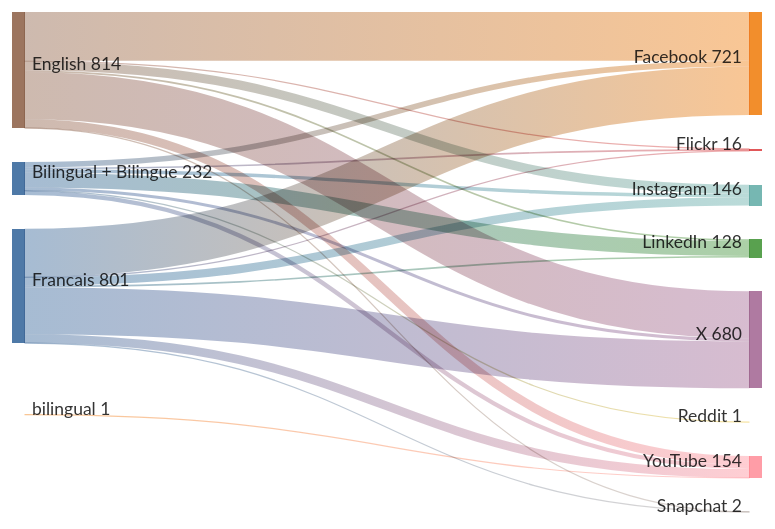
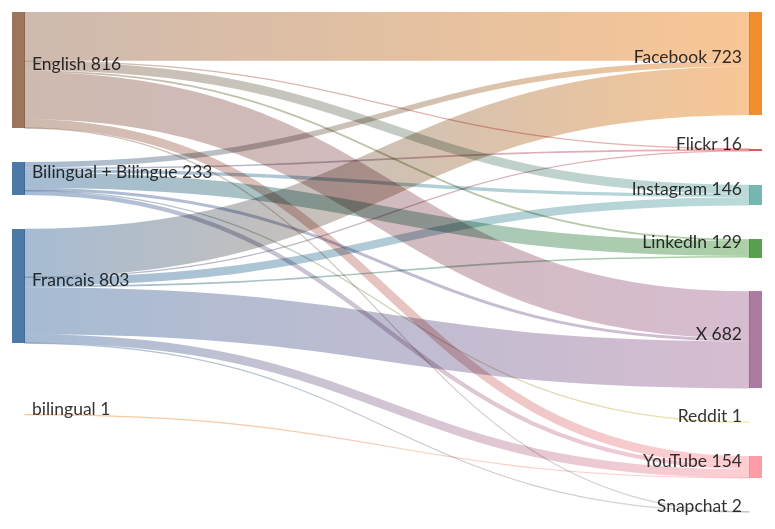
The diagram in sankey_diagram.md (PatLittle/GC-Socials), drawn with Mermaid before and after one commit.

Commit message:
Update Sankey diagram for the most recent day

````diff
--- a/sankey_diagram.md
+++ b/sankey_diagram.md
@@ -1,25 +1,25 @@
 ```mermaid
 sankey-beta
   Bilingual + Bilingue,Facebook,40
   Bilingual + Bilingue,Flickr,11
   Bilingual + Bilingue,Instagram,24
-  Bilingual + Bilingue,LinkedIn,105
+  Bilingual + Bilingue,LinkedIn,106
   Bilingual + Bilingue,Reddit,1
   Bilingual + Bilingue,X,21
   Bilingual + Bilingue,YouTube,30
-  English,Facebook,342
+  English,Facebook,343
   English,Flickr,3
   English,Instagram,64
   English,LinkedIn,12
   English,Snapchat,1
-  English,X,330
+  English,X,331
   English,YouTube,62
-  Francais,Facebook,339
+  Francais,Facebook,340
   Francais,Flickr,2
   Francais,Instagram,58
   Francais,LinkedIn,11
   Francais,Snapchat,1
-  Francais,X,329
+  Francais,X,330
   Francais,YouTube,61
   bilingual,YouTube,1
 ```
````
